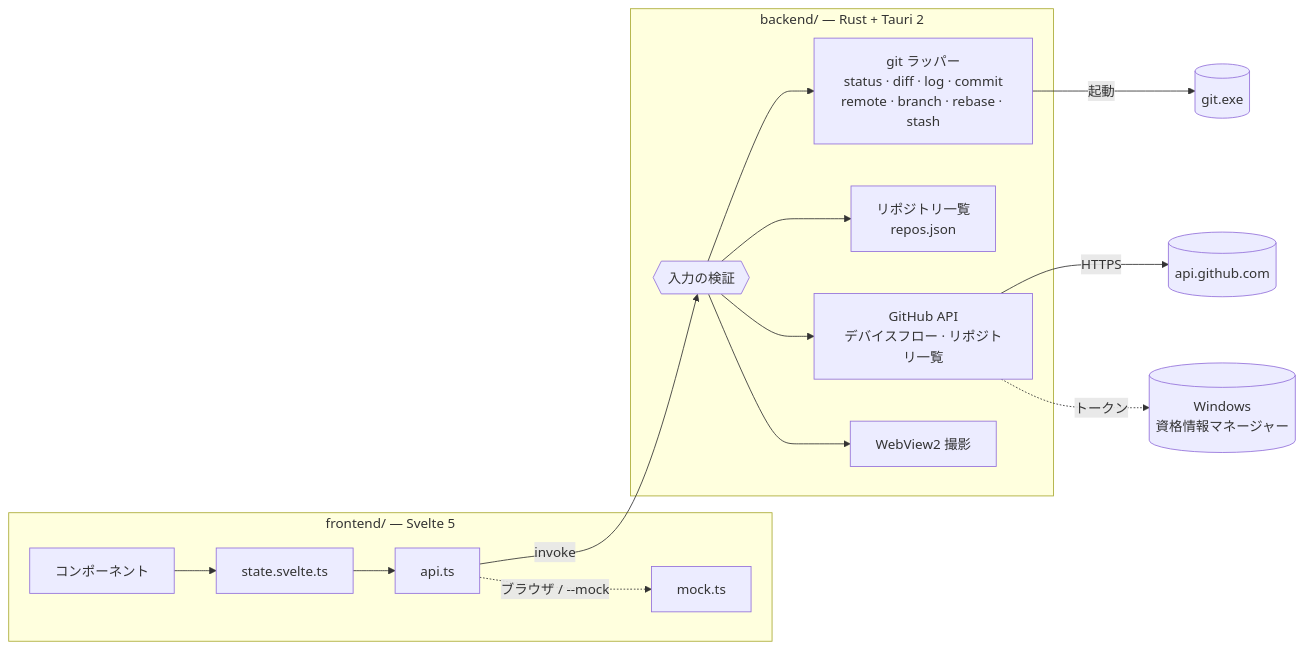
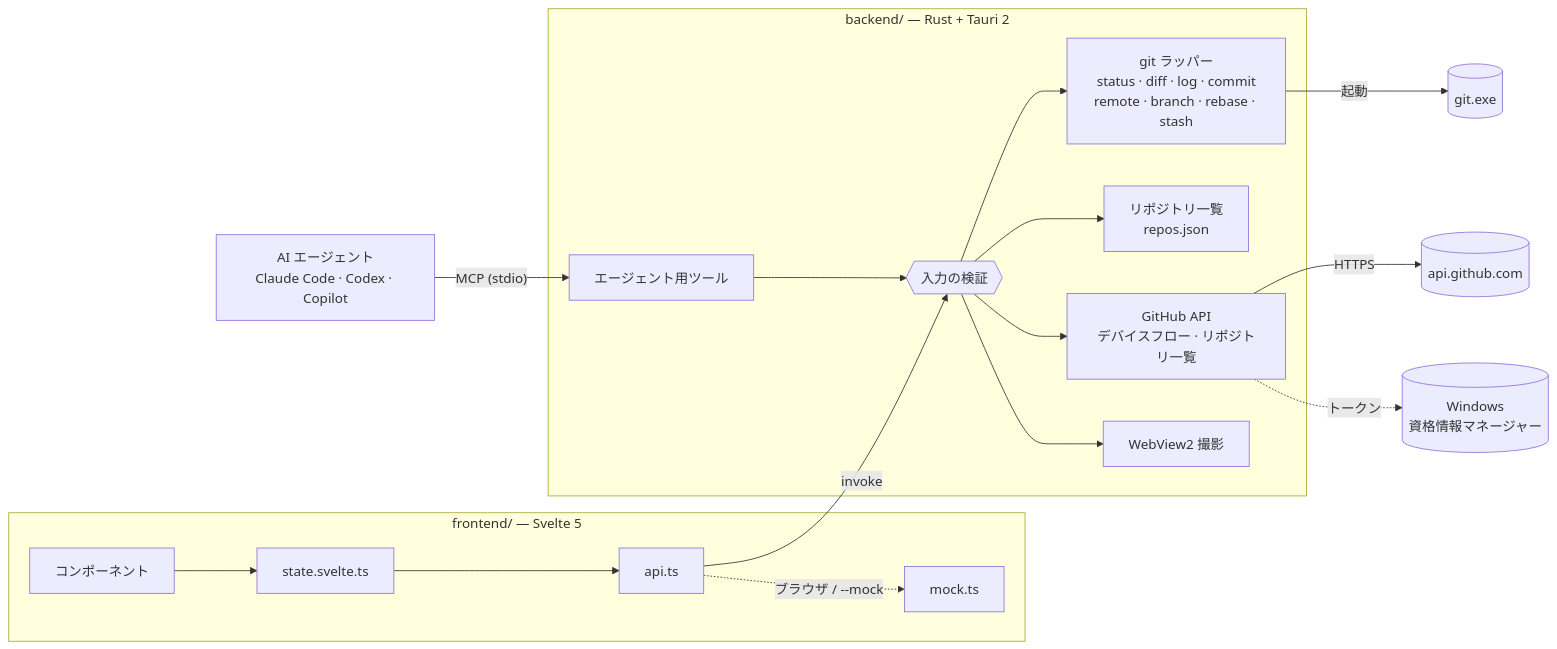
Before and after one commit to valneko-twoon2/Leveret: the diagram in README.ja.md, drawn with Mermaid. The commit also changed other lines of this file and 4 other files, not shown here.

````diff
--- a/README.ja.md
+++ b/README.ja.md
@@ -120,18 +121,20 @@
 ```mermaid
 flowchart LR
     subgraph UI["frontend/ — Svelte 5"]
         C[コンポーネント] --> S[state.svelte.ts]
         S --> A[api.ts]
         A -. ブラウザ / --mock .-> M[mock.ts]
     end
     subgraph Core["backend/ — Rust + Tauri 2"]
         V{{入力の検証}} --> G[git ラッパー<br>status · diff · log · commit<br>remote · branch · rebase · stash]
         V --> R[リポジトリ一覧<br>repos.json]
         V --> H[GitHub API<br>デバイスフロー · リポジトリ一覧]
         V --> P[WebView2 撮影]
+        T[エージェント用ツール] --> V
     end
     A -- invoke --> V
+    AG[AI エージェント<br>Claude Code · Codex · Copilot] -- "MCP (stdio)" --> T
     G -- 起動 --> X[(git.exe)]
     H -- HTTPS --> GH[(api.github.com)]
     H -. トークン .-> K[(Windows<br>資格情報マネージャー)]
 ```
````
